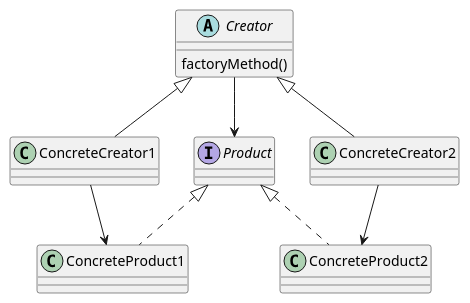
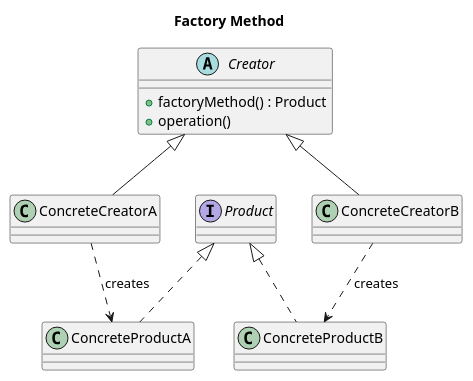
The diagram in theory/creational/factory_method/class.puml (AkselErenberk/design-patterns), drawn with PlantUML before and after one commit. The commit also changed 27 other files, not shown here.

Commit message:
design pattern class diagrams

```diff
--- a/theory/creational/factory_method/class.puml
+++ b/theory/creational/factory_method/class.puml
@@ -1,16 +1,25 @@
 @startuml
+title Factory Method
+
+interface Product
+
 abstract class Creator {
-    factoryMethod()
+  +factoryMethod() : Product
+  +operation()
 }
 
-class ConcreteCreator1 extends Creator
-class ConcreteCreator2 extends Creator
+class ConcreteCreatorA
+class ConcreteCreatorB
 
-interface Product
-class ConcreteProduct1 implements Product
-class ConcreteProduct2 implements Product
+class ConcreteProductA
+class ConcreteProductB
 
-Creator --> Product
-ConcreteCreator1 --> ConcreteProduct1
-ConcreteCreator2 --> ConcreteProduct2
+Creator <|-- ConcreteCreatorA
+Creator <|-- ConcreteCreatorB
+
+Product <|.. ConcreteProductA
+Product <|.. ConcreteProductB
+
+ConcreteCreatorA ..> ConcreteProductA : creates
+ConcreteCreatorB ..> ConcreteProductB : creates
 @enduml
```
